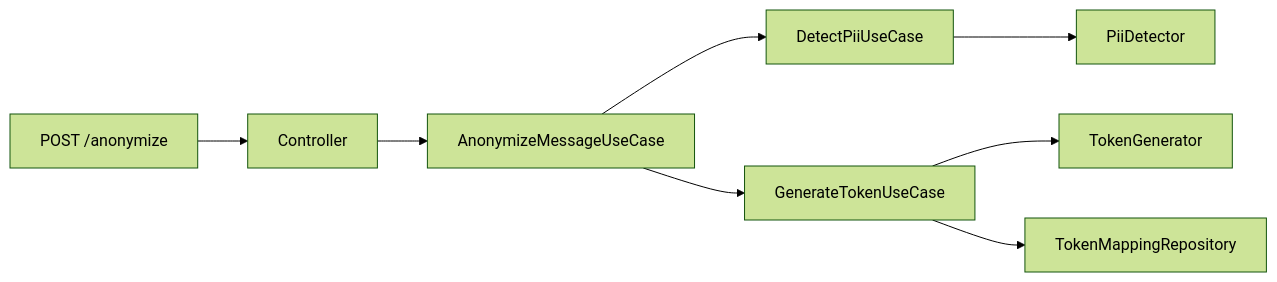
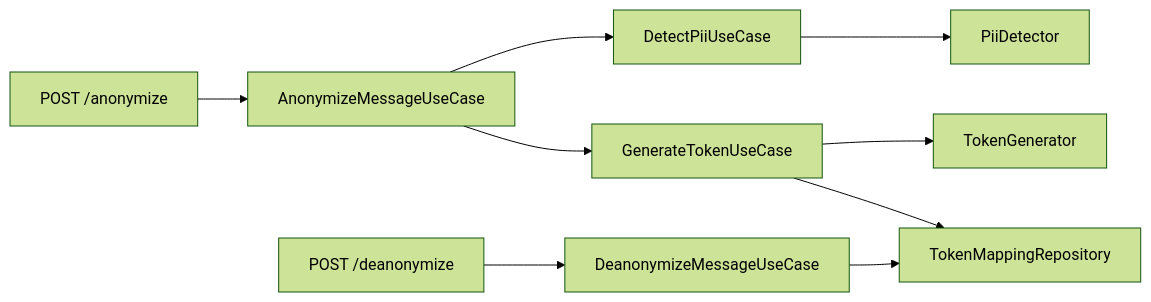
The diagram in README.md (Soachi99/poc_banco_andino_grupo_6), drawn with Mermaid (forest theme) before and after one commit. The commit also changed other lines of this file and 20 other files, not shown here.

````diff
--- a/README.md
+++ b/README.md
@@ -39,10 +53,11 @@
 ```mermaid
 flowchart LR
-  HTTP["POST /anonymize"] --> Controller
-  Controller --> Anonymize[AnonymizeMessageUseCase]
+  HTTP["POST /anonymize"] --> Anonymize[AnonymizeMessageUseCase]
+  Restore["POST /deanonymize"] --> Deanonymize[DeanonymizeMessageUseCase]
   Anonymize --> Detect[DetectPiiUseCase]
   Anonymize --> Tokens[GenerateTokenUseCase]
   Detect --> Detector[PiiDetector]
   Tokens --> Generator[TokenGenerator]
   Tokens --> Vault[TokenMappingRepository]
+  Deanonymize --> Vault
 ```
````
